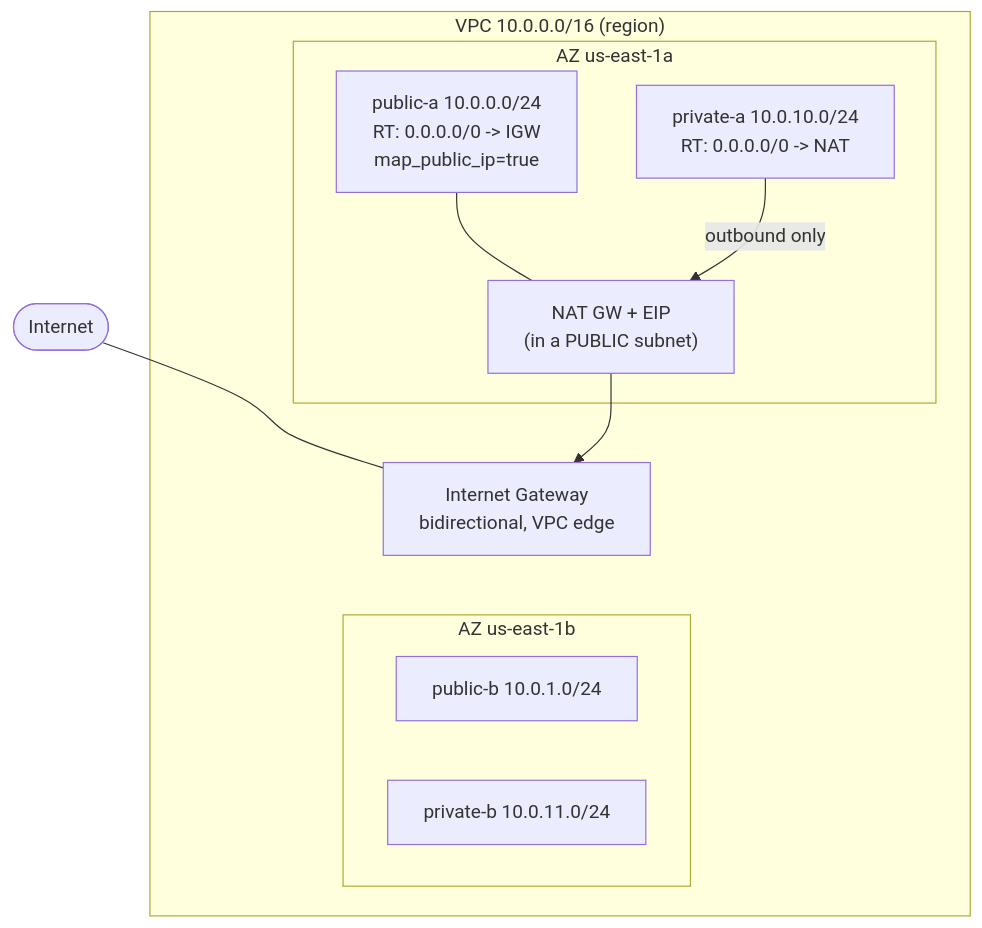
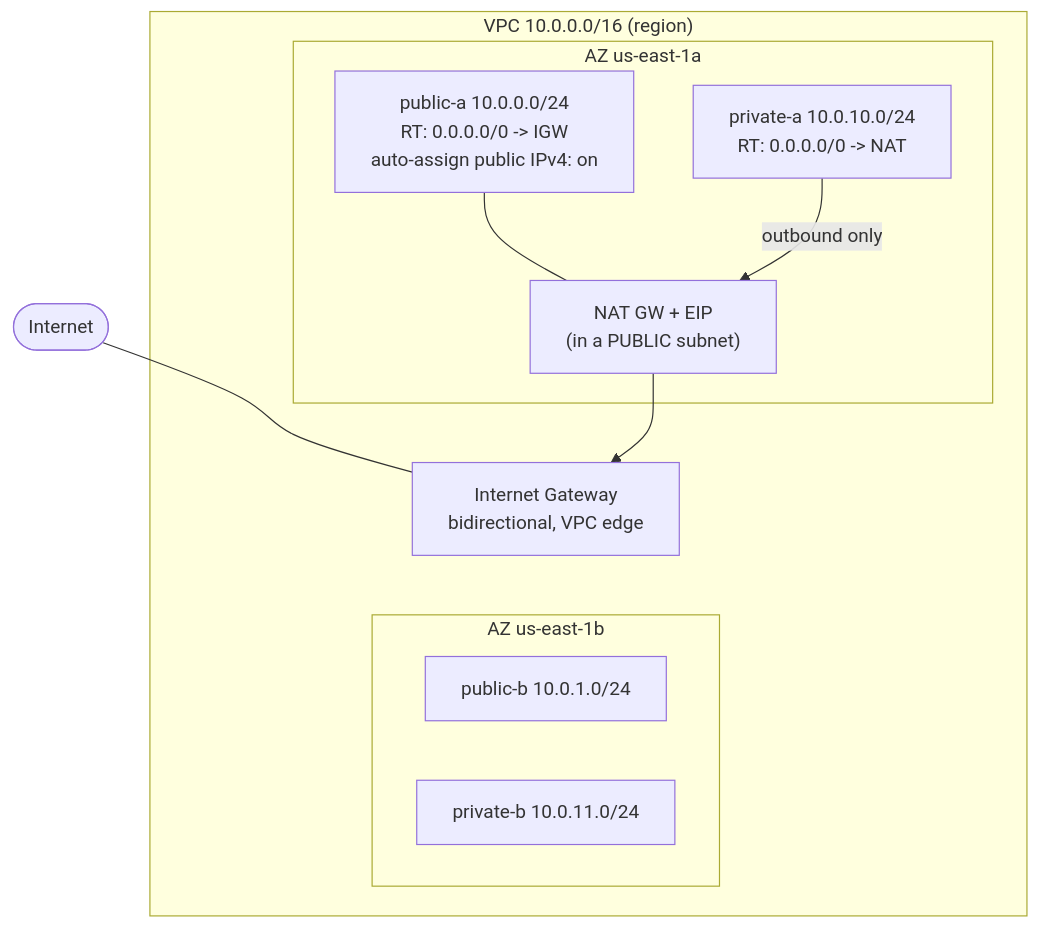
Before and after one commit to rahilbshah/aws-tf-lab: the diagram in aws-tf-lab/05-vpc-core.md, drawn with Mermaid. The commit also changed other lines of this file and 2 other files, not shown here.

````diff
--- a/aws-tf-lab/05-vpc-core.md
+++ b/aws-tf-lab/05-vpc-core.md
@@ -126,18 +163,18 @@
 ```mermaid
 flowchart TB
     NET([Internet]) --- IGW[Internet Gateway<br/>bidirectional, VPC edge]
     IGW --- VPC
     subgraph VPC["VPC 10.0.0.0/16 (region)"]
-      subgraph AZא["AZ us-east-1a"]
-        PUBA["public-a 10.0.0.0/24<br/>RT: 0.0.0.0/0 -> IGW<br/>map_public_ip=true"]
+      subgraph AZA["AZ us-east-1a"]
+        PUBA["public-a 10.0.0.0/24<br/>RT: 0.0.0.0/0 -> IGW<br/>auto-assign public IPv4: on"]
         PRIA["private-a 10.0.10.0/24<br/>RT: 0.0.0.0/0 -> NAT"]
         NAT["NAT GW + EIP<br/>(in a PUBLIC subnet)"]
       end
-      subgraph AZב["AZ us-east-1b"]
+      subgraph AZB["AZ us-east-1b"]
         PUBB["public-b 10.0.1.0/24"]
         PRIB["private-b 10.0.11.0/24"]
       end
       PUBA --- NAT
       PRIA -->|outbound only| NAT --> IGW
     end
 ```
````
